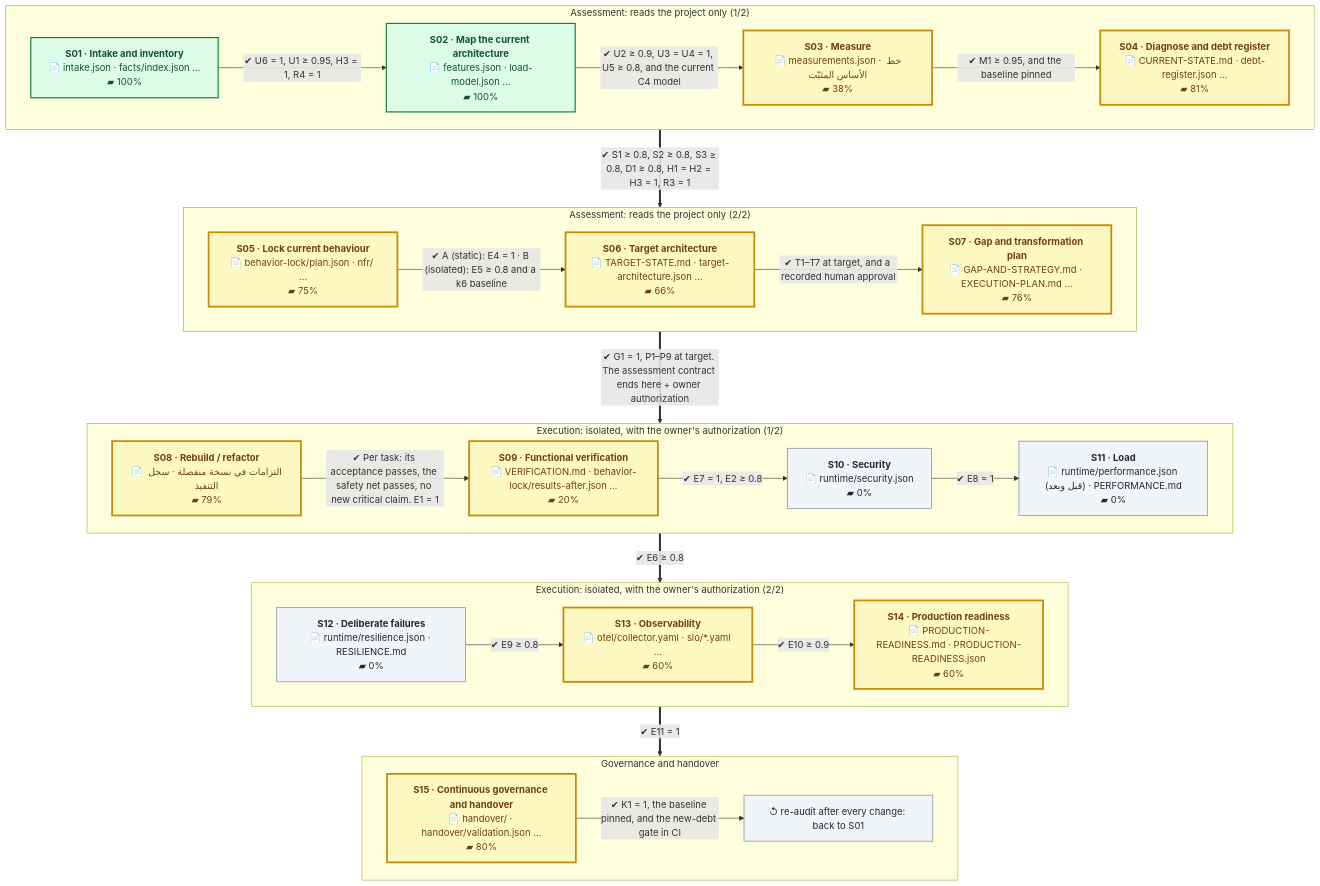
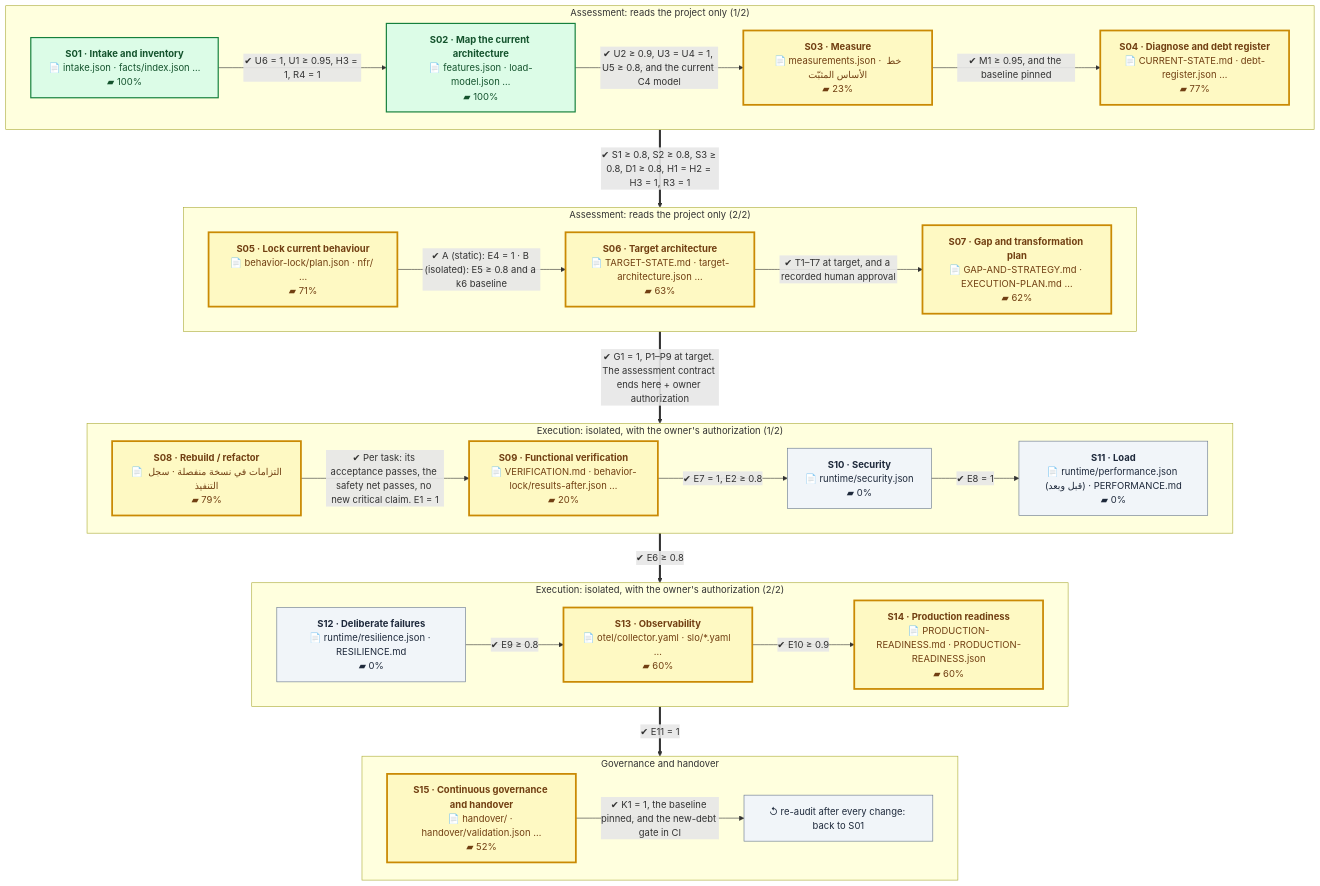
The first of 2 diagrams in README.en.md (eom1417/engineering-audit-os), drawn with Mermaid before and after one commit. The commit also changed other lines of this file and 10 other files, not shown here.

````diff
--- a/README.en.md
+++ b/README.en.md
@@ -52,54 +52,54 @@
 ```mermaid
 %%{init: {'flowchart': {'wrappingWidth': 260, 'nodeSpacing': 40, 'rankSpacing': 60}}}%%
 flowchart TB
     subgraph P1["Assessment: reads the project only (1/2)"]
         direction LR
         S01["<b>S01 · Intake and inventory</b><br/>📄 intake.json · facts/index.json …<br/>▰ 100%"]:::done
         S02["<b>S02 · Map the current architecture</b><br/>📄 features.json · load-model.json …<br/>▰ 100%"]:::done
-        S03["<b>S03 · Measure</b><br/>📄 measurements.json · خط الأساس المثبّت<br/>▰ 38%"]:::current
-        S04["<b>S04 · Diagnose and debt register</b><br/>📄 CURRENT-STATE.md · debt-register.json …<br/>▰ 81%"]:::current
+        S03["<b>S03 · Measure</b><br/>📄 measurements.json · خط الأساس المثبّت<br/>▰ 23%"]:::current
+        S04["<b>S04 · Diagnose and debt register</b><br/>📄 CURRENT-STATE.md · debt-register.json …<br/>▰ 77%"]:::current
         S01 -->|"✔ U6 = 1, U1 ≥ 0.95, H3 = 1, R4 = 1"| S02
         S02 -->|"✔ U2 ≥ 0.9, U3 = U4 = 1, U5 ≥ 0.8, and the current C4 model"| S03
         S03 -->|"✔ M1 ≥ 0.95, and the baseline pinned"| S04
     end
     subgraph P2["Assessment: reads the project only (2/2)"]
         direction LR
-        S05["<b>S05 · Lock current behaviour</b><br/>📄 behavior-lock/plan.json · nfr/ …<br/>▰ 75%"]:::current
-        S06["<b>S06 · Target architecture</b><br/>📄 TARGET-STATE.md · target-architecture.json …<br/>▰ 66%"]:::current
-        S07["<b>S07 · Gap and transformation plan</b><br/>📄 GAP-AND-STRATEGY.md · EXECUTION-PLAN.md …<br/>▰ 76%"]:::current
+        S05["<b>S05 · Lock current behaviour</b><br/>📄 behavior-lock/plan.json · nfr/ …<br/>▰ 71%"]:::current
+        S06["<b>S06 · Target architecture</b><br/>📄 TARGET-STATE.md · target-architecture.json …<br/>▰ 63%"]:::current
+        S07["<b>S07 · Gap and transformation plan</b><br/>📄 GAP-AND-STRATEGY.md · EXECUTION-PLAN.md …<br/>▰ 62%"]:::current
         S05 -->|"✔ A (static): E4 = 1 · B (isolated): E5 ≥ 0.8 and a k6 baseline"| S06
         S06 -->|"✔ T1–T7 at target, and a recorded human approval"| S07
     end
     subgraph P3["Execution: isolated, with the owner's authorization (1/2)"]
         direction LR
         S08["<b>S08 · Rebuild / refactor</b><br/>📄 التزامات في نسخة منفصلة · سجل التنفيذ<br/>▰ 79%"]:::current
         S09["<b>S09 · Functional verification</b><br/>📄 VERIFICATION.md · behavior-lock/results-after.json …<br/>▰ 20%"]:::current
         S10["<b>S10 · Security</b><br/>📄 runtime/security.json<br/>▰ 0%"]:::next
         S11["<b>S11 · Load</b><br/>📄 runtime/performance.json (قبل وبعد) · PERFORMANCE.md<br/>▰ 0%"]:::next
         S08 -->|"✔ Per task: its acceptance passes, the safety net passes, no new critical claim. E1 = 1"| S09
         S09 -->|"✔ E7 = 1, E2 ≥ 0.8"| S10
         S10 -->|"✔ E8 = 1"| S11
     end
     subgraph P4["Execution: isolated, with the owner's authorization (2/2)"]
         direction LR
         S12["<b>S12 · Deliberate failures</b><br/>📄 runtime/resilience.json · RESILIENCE.md<br/>▰ 0%"]:::next
         S13["<b>S13 · Observability</b><br/>📄 otel/collector.yaml · slo/*.yaml …<br/>▰ 60%"]:::current
         S14["<b>S14 · Production readiness</b><br/>📄 PRODUCTION-READINESS.md · PRODUCTION-READINESS.json<br/>▰ 60%"]:::current
         S12 -->|"✔ E9 ≥ 0.8"| S13
         S13 -->|"✔ E10 ≥ 0.9"| S14
     end
     subgraph P5["Governance and handover"]
         direction LR
-        S15["<b>S15 · Continuous governance and handover</b><br/>📄 handover/ · handover/validation.json …<br/>▰ 80%"]:::current
+        S15["<b>S15 · Continuous governance and handover</b><br/>📄 handover/ · handover/validation.json …<br/>▰ 52%"]:::current
         LOOP["↺ re-audit after every change: back to S01"]:::next
         S15 -->|"✔ K1 = 1, the baseline pinned, and the new-debt gate in CI"| LOOP
     end
     P1 ==>|"✔ S1 ≥ 0.8, S2 ≥ 0.8, S3 ≥ 0.8, D1 ≥ 0.8, H1 = H2 = H3 = 1, R3 = 1"| P2
     P2 ==>|"✔ G1 = 1, P1–P9 at target. The assessment contract ends here + owner authorization"| P3
     P3 ==>|"✔ E6 ≥ 0.8"| P4
     P4 ==>|"✔ E11 = 1"| P5
     classDef done fill:#dcfce7,stroke:#15803d,color:#14532d,stroke-width:2px
     classDef current fill:#fef9c3,stroke:#ca8a04,color:#713f12,stroke-width:3px
     classDef next fill:#f1f5f9,stroke:#64748b,color:#1e293b
     classDef owner fill:#fee2e2,stroke:#b91c1c,color:#7f1d1d,stroke-dasharray:5 3
 ```
````
